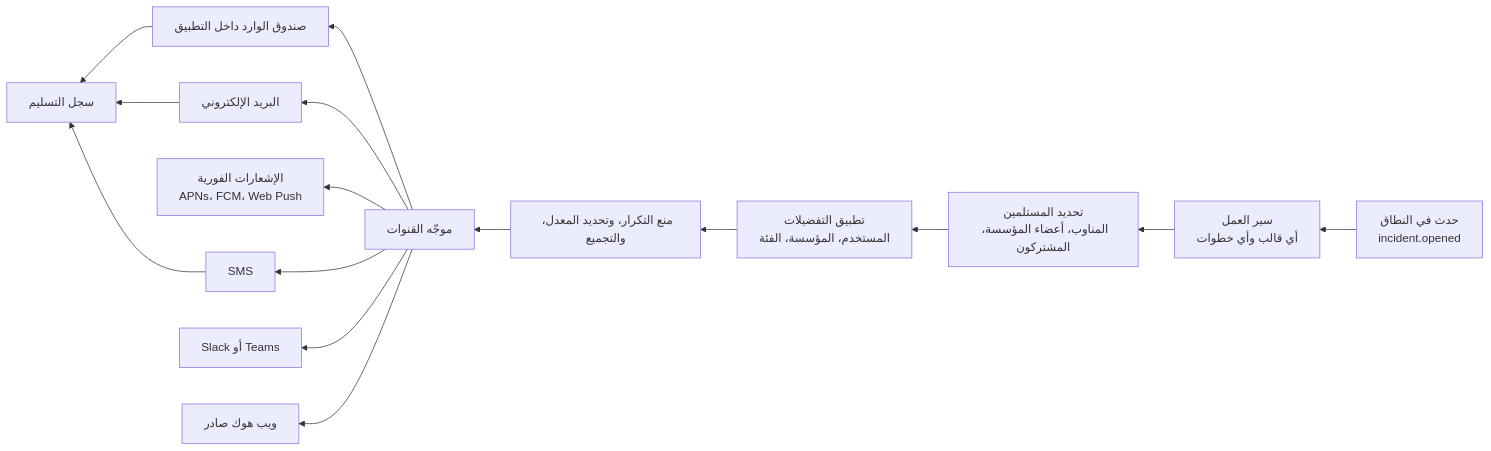
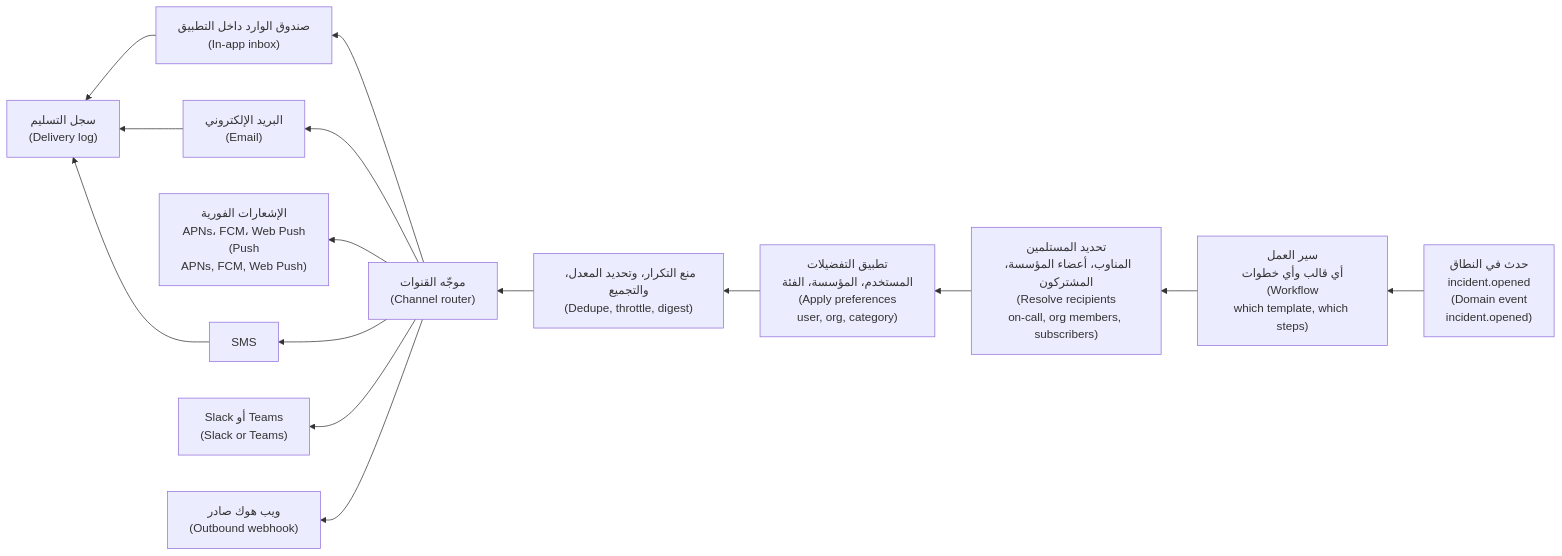
Before and after one commit to Tamoura/system-design-for-vibe-coders: the second of 6 diagrams in saas/modules/04-communication.ar.md, drawn with Mermaid. The commit also changed other lines of this file and 62 other files, not shown here.

First line of the commit message:
Arabic editions: English on every diagram label, RTL fixes, rebuild

````diff
--- a/saas/modules/04-communication.ar.md
+++ b/saas/modules/04-communication.ar.md
@@ -305,17 +305,17 @@
 ```mermaid
 flowchart RL
-    E["حدث في النطاق<br/>incident.opened"] --> WF["سير العمل<br/>أي قالب وأي خطوات"]
-    WF --> RC["تحديد المستلمين<br/>المناوب، أعضاء المؤسسة، المشتركون"]
-    RC --> PR["تطبيق التفضيلات<br/>المستخدم، المؤسسة، الفئة"]
-    PR --> TH["منع التكرار، وتحديد المعدل، والتجميع"]
-    TH --> RT["موجّه القنوات"]
-    RT --> IN["صندوق الوارد داخل التطبيق"]
-    RT --> EM["البريد الإلكتروني"]
-    RT --> PU["الإشعارات الفورية<br/>APNs، FCM، Web Push"]
+    E["حدث في النطاق<br/>incident.opened<br/>(Domain event<br/>incident.opened)"] --> WF["سير العمل<br/>أي قالب وأي خطوات<br/>(Workflow<br/>which template, which steps)"]
+    WF --> RC["تحديد المستلمين<br/>المناوب، أعضاء المؤسسة، المشتركون<br/>(Resolve recipients<br/>on-call, org members, subscribers)"]
+    RC --> PR["تطبيق التفضيلات<br/>المستخدم، المؤسسة، الفئة<br/>(Apply preferences<br/>user, org, category)"]
+    PR --> TH["منع التكرار، وتحديد المعدل، والتجميع<br/>(Dedupe, throttle, digest)"]
+    TH --> RT["موجّه القنوات<br/>(Channel router)"]
+    RT --> IN["صندوق الوارد داخل التطبيق<br/>(In-app inbox)"]
+    RT --> EM["البريد الإلكتروني<br/>(Email)"]
+    RT --> PU["الإشعارات الفورية<br/>APNs، FCM، Web Push<br/>(Push<br/>APNs, FCM, Web Push)"]
     RT --> SM["SMS"]
-    RT --> SL["Slack أو Teams"]
-    RT --> WH["ويب هوك صادر"]
-    IN --> LOG["سجل التسليم"]
+    RT --> SL["Slack أو Teams<br/>(Slack or Teams)"]
+    RT --> WH["ويب هوك صادر<br/>(Outbound webhook)"]
+    IN --> LOG["سجل التسليم<br/>(Delivery log)"]
     EM --> LOG
     SM --> LOG
 ```
````
